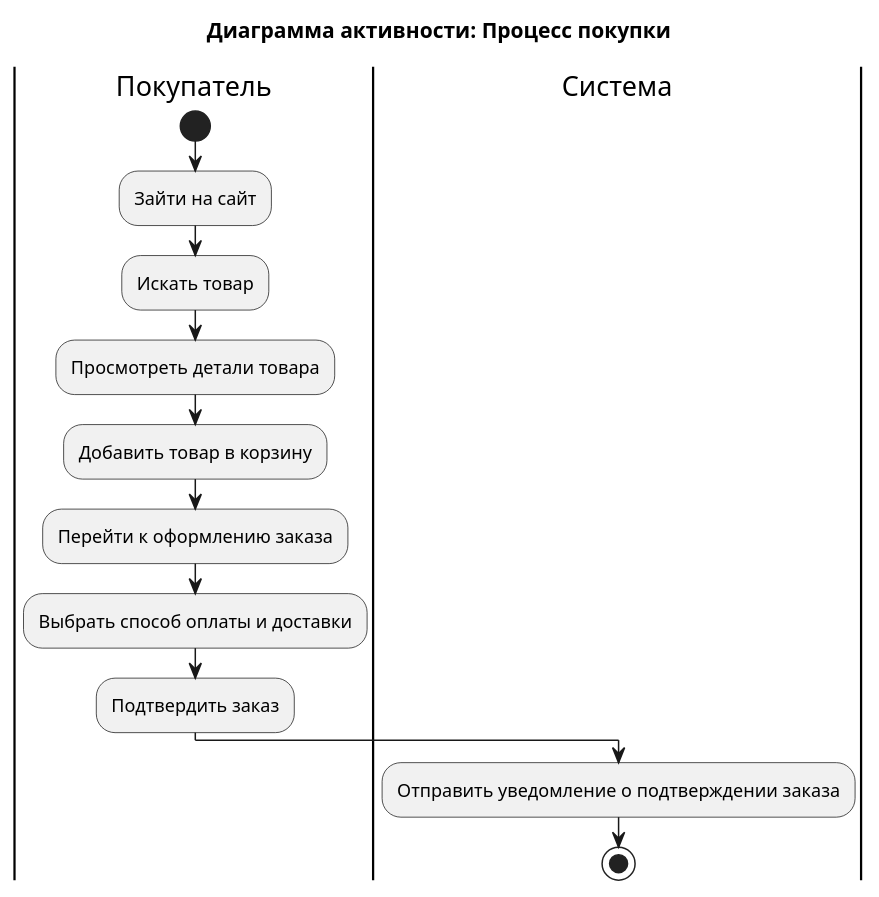
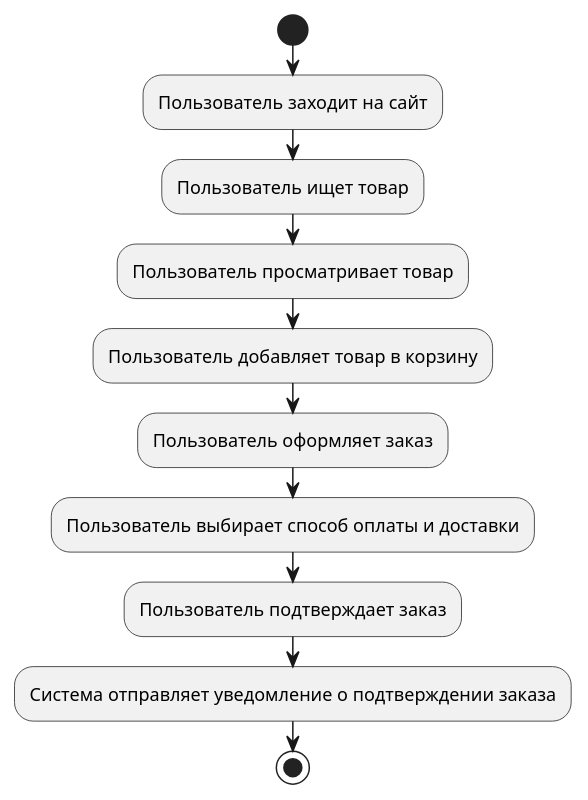
The diagram in activity-diagrams/activity-diagram-purchase.puml (TeraGigaByte/internet-shop-project), drawn with PlantUML before and after one commit.

```diff
--- a/activity-diagrams/activity-diagram-purchase.puml
+++ b/activity-diagrams/activity-diagram-purchase.puml
@@ -1,16 +1,13 @@
 @startuml
-title Диаграмма активности: Процесс покупки
+start
+:Пользователь заходит на сайт;
+:Пользователь ищет товар;
+:Пользователь просматривает товар;
+:Пользователь добавляет товар в корзину;
+:Пользователь оформляет заказ;
+:Пользователь выбирает способ оплаты и доставки;
+:Пользователь подтверждает заказ;
+:Система отправляет уведомление о подтверждении заказа;
 
-|Покупатель|
-start
-:Зайти на сайт;
-:Искать товар;
-:Просмотреть детали товара;
-:Добавить товар в корзину;
-:Перейти к оформлению заказа;
-:Выбрать способ оплаты и доставки;
-:Подтвердить заказ;
-|Система|
-:Отправить уведомление о подтверждении заказа;
 stop
 @enduml
```
